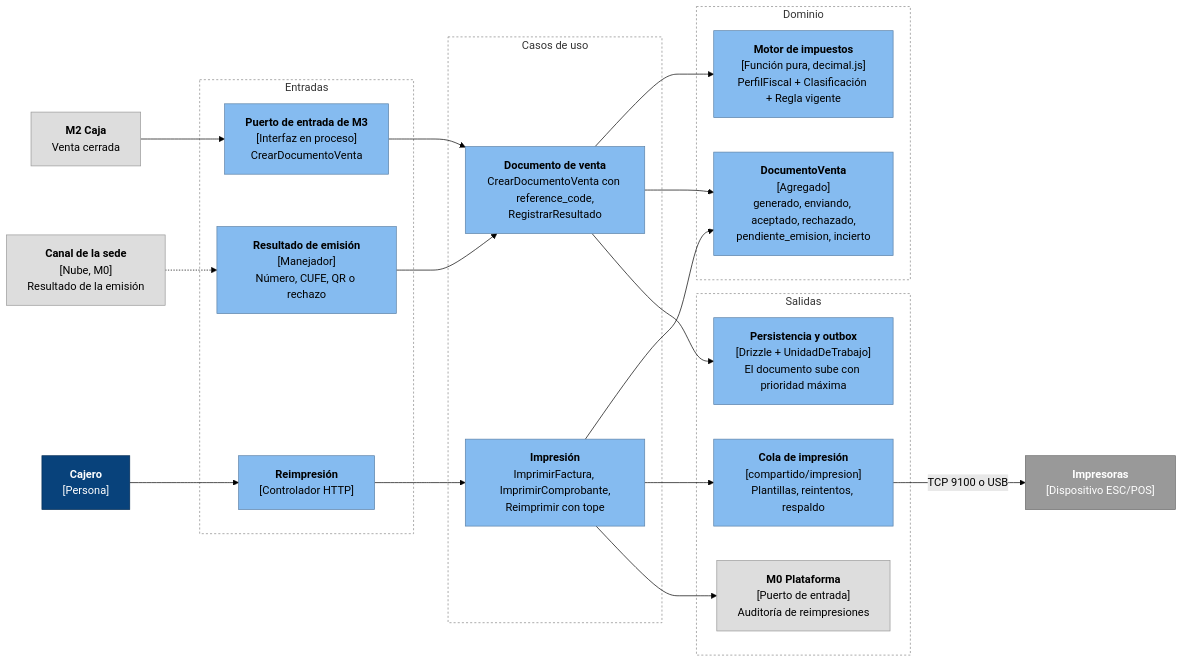
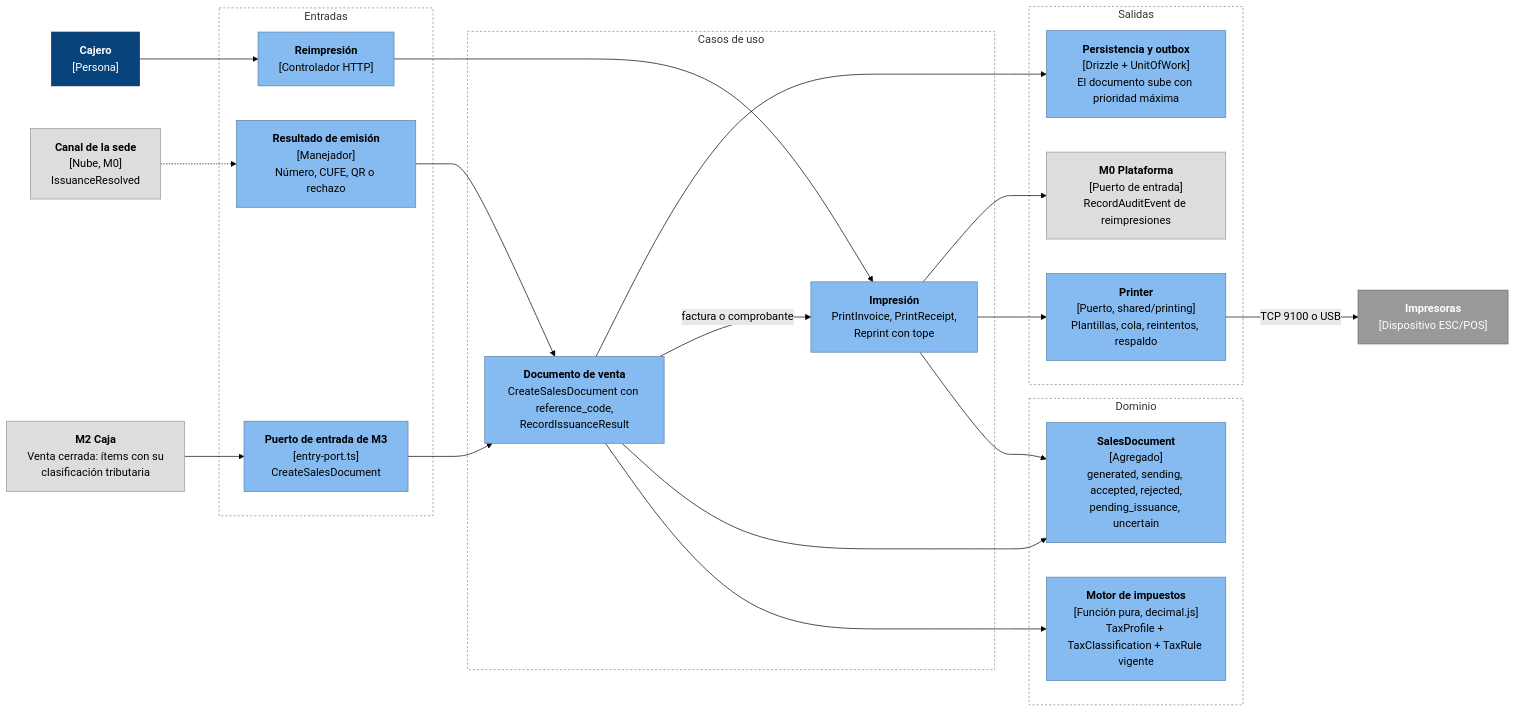
Before and after one commit to CesarJOtizM/blackHole: the first of 2 diagrams in docs/arquitectura/componentes/c4-m3-facturacion.md, drawn with Mermaid (forest theme). The commit also changed other lines of this file and 159 other files, not shown here.

````diff
--- a/docs/arquitectura/componentes/c4-m3-facturacion.md
+++ b/docs/arquitectura/componentes/c4-m3-facturacion.md
@@ -14,56 +14,57 @@
 ```mermaid
 flowchart LR
-  M2I["<b>M2 Caja</b><br/>Venta cerrada"]:::modulo
-  CAN["<b>Canal de la sede</b><br/>[Nube, M0]<br/>Resultado de la emisión"]:::modulo
-  CAJ["<b>Cajero</b><br/>[Persona]"]:::persona
+  M2I["<b>M2 Caja</b><br/>Venta cerrada: ítems con su<br/>clasificación tributaria"]:::modulo
+  CHN["<b>Canal de la sede</b><br/>[Nube, M0]<br/>IssuanceResolved"]:::modulo
+  CSH["<b>Cajero</b><br/>[Persona]"]:::persona
 
-  subgraph Entradas["Entradas"]
-    PIE["<b>Puerto de entrada de M3</b><br/>[Interfaz en proceso]<br/>CrearDocumentoVenta"]:::componente
+  subgraph Inputs["Entradas"]
+    EP["<b>Puerto de entrada de M3</b><br/>[entry-port.ts]<br/>CreateSalesDocument"]:::componente
     EVR["<b>Resultado de emisión</b><br/>[Manejador]<br/>Número, CUFE, QR o rechazo"]:::componente
-    REI["<b>Reimpresión</b><br/>[Controlador HTTP]"]:::componente
+    RPR["<b>Reimpresión</b><br/>[Controlador HTTP]"]:::componente
   end
 
-  subgraph Aplicacion["Casos de uso"]
-    UC_DOC["<b>Documento de venta</b><br/>CrearDocumentoVenta con reference_code,<br/>RegistrarResultado"]:::componente
-    UC_PRN["<b>Impresión</b><br/>ImprimirFactura, ImprimirComprobante,<br/>Reimprimir con tope"]:::componente
+  subgraph Application["Casos de uso"]
+    UC_DOC["<b>Documento de venta</b><br/>CreateSalesDocument con reference_code,<br/>RecordIssuanceResult"]:::componente
+    UC_PRN["<b>Impresión</b><br/>PrintInvoice, PrintReceipt,<br/>Reprint con tope"]:::componente
   end
 
-  subgraph Dominio["Dominio"]
-    D_IMP["<b>Motor de impuestos</b><br/>[Función pura, decimal.js]<br/>PerfilFiscal + Clasificación + Regla vigente"]:::componente
-    D_DOC["<b>DocumentoVenta</b><br/>[Agregado]<br/>generado, enviando, aceptado, rechazado,<br/>pendiente_emision, incierto"]:::componente
+  subgraph Domain["Dominio"]
+    D_TAX["<b>Motor de impuestos</b><br/>[Función pura, decimal.js]<br/>TaxProfile + TaxClassification + TaxRule vigente"]:::componente
+    D_DOC["<b>SalesDocument</b><br/>[Agregado]<br/>generated, sending, accepted, rejected,<br/>pending_issuance, uncertain"]:::componente
   end
 
-  subgraph Salida["Salidas"]
-    REPO["<b>Persistencia y outbox</b><br/>[Drizzle + UnidadDeTrabajo]<br/>El documento sube con prioridad máxima"]:::componente
-    COLA["<b>Cola de impresión</b><br/>[compartido/impresion]<br/>Plantillas, reintentos, respaldo"]:::componente
-    M0["<b>M0 Plataforma</b><br/>[Puerto de entrada]<br/>Auditoría de reimpresiones"]:::modulo
+  subgraph Outputs["Salidas"]
+    REPO["<b>Persistencia y outbox</b><br/>[Drizzle + UnitOfWork]<br/>El documento sube con prioridad máxima"]:::componente
+    PRN["<b>Printer</b><br/>[Puerto, shared/printing]<br/>Plantillas, cola, reintentos, respaldo"]:::componente
+    M0["<b>M0 Plataforma</b><br/>[Puerto de entrada]<br/>RecordAuditEvent de reimpresiones"]:::modulo
   end
 
-  IMP["<b>Impresoras</b><br/>[Dispositivo ESC/POS]"]:::externo
+  PRT["<b>Impresoras</b><br/>[Dispositivo ESC/POS]"]:::externo
 
-  M2I --> PIE
-  CAN -.-> EVR
-  CAJ --> REI
+  M2I --> EP
+  CHN -.-> EVR
+  CSH --> RPR
 
-  PIE --> UC_DOC
+  EP --> UC_DOC
   EVR --> UC_DOC
-  REI --> UC_PRN
+  RPR --> UC_PRN
 
-  UC_DOC --> D_IMP
+  UC_DOC --> D_TAX
   UC_DOC --> D_DOC
+  UC_DOC -- "factura o comprobante" --> UC_PRN
   UC_PRN --> D_DOC
 
   UC_DOC --> REPO
-  UC_PRN --> COLA
+  UC_PRN --> PRN
   UC_PRN --> M0
-  COLA -- "TCP 9100 o USB" --> IMP
+  PRN -- "TCP 9100 o USB" --> PRT
 
   classDef persona fill:#08427b,stroke:#052e56,color:#fff
   classDef componente fill:#85bbf0,stroke:#5d82a8,color:#000
   classDef modulo fill:#dddddd,stroke:#999999,color:#000
   classDef externo fill:#999999,stroke:#6b6b6b,color:#fff
-  style Entradas fill:none,stroke:#888,stroke-dasharray: 3 3
-  style Aplicacion fill:none,stroke:#888,stroke-dasharray: 3 3
-  style Dominio fill:none,stroke:#888,stroke-dasharray: 3 3
-  style Salida fill:none,stroke:#888,stroke-dasharray: 3 3
+  style Inputs fill:none,stroke:#888,stroke-dasharray: 3 3
+  style Application fill:none,stroke:#888,stroke-dasharray: 3 3
+  style Domain fill:none,stroke:#888,stroke-dasharray: 3 3
+  style Outputs fill:none,stroke:#888,stroke-dasharray: 3 3
 ```
````
